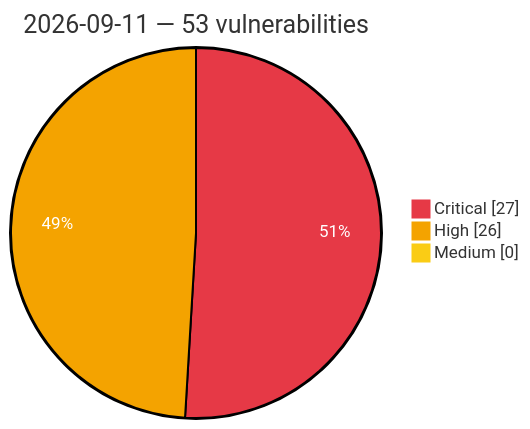
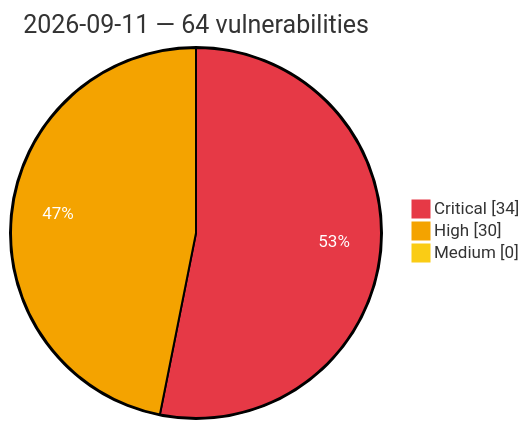
One commit to GhostX0X/vuln-tracker changed the diagram in vulnerabilities/2026/September/2026-09-11.md. Above: the diagram before and after it, drawn with Mermaid. The commit also changed other lines of this file and 5 other files, not shown here.

Commit message:
Auto update: critical/high vulns (2026-09-11 21:08 UTC)

````diff
--- a/vulnerabilities/2026/September/2026-09-11.md
+++ b/vulnerabilities/2026/September/2026-09-11.md
@@ -3,8 +3,8 @@
 ```mermaid
 %%{init: {'theme':'base', 'themeVariables': {'pie1':'#e63946', 'pie2':'#f4a300', 'pie3':'#facc15', 'pieOpacity':'1', 'pieOuterStrokeWidth':'2px', 'pieSectionTextColor':'#ffffff'}}}%%
 pie showData
-    title 2026-09-11 — 53 vulnerabilities
-    "Critical" : 27
-    "High" : 26
+    title 2026-09-11 — 64 vulnerabilities
+    "Critical" : 34
+    "High" : 30
     "Medium" : 0
 ```
````
